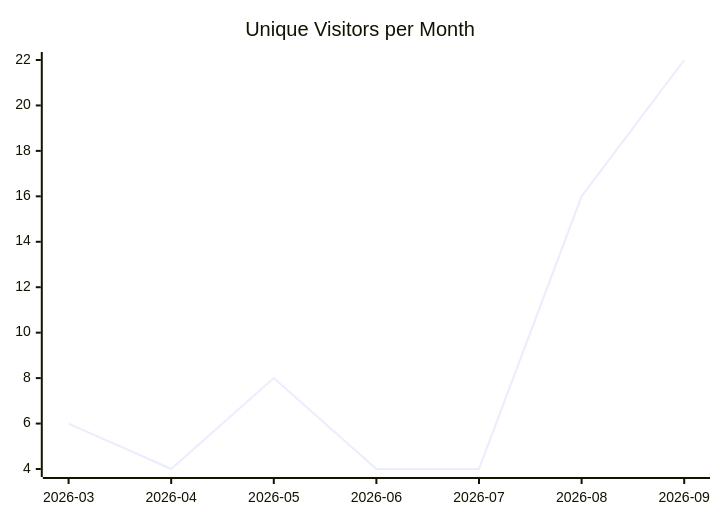
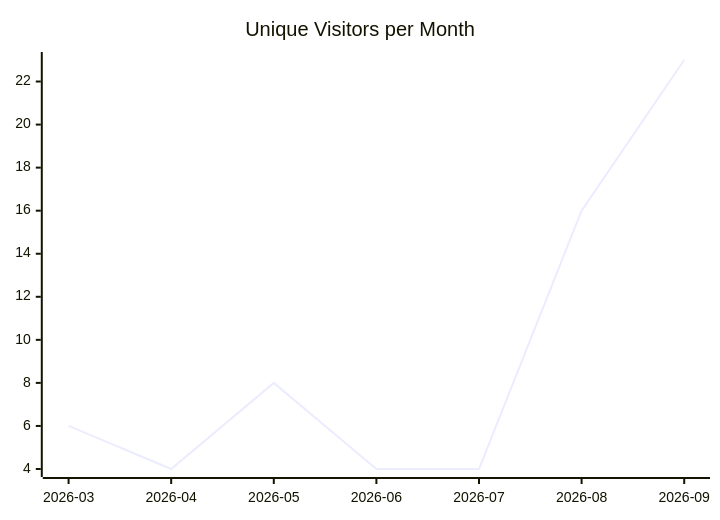
One commit to justdavis-family/github-analytics-data changed the first of 3 diagrams in karlmdavis/xmlpull/README.md. Above: the diagram before and after it, drawn with Mermaid. The commit also changed other lines of this file and 202 other files, not shown here.

````diff
--- a/karlmdavis/xmlpull/README.md
+++ b/karlmdavis/xmlpull/README.md
@@ -5,6 +5,6 @@
 ```mermaid
 xychart-beta
   title "Unique Visitors per Month"
   x-axis ["2026-03", "2026-04", "2026-05", "2026-06", "2026-07", "2026-08", "2026-09"]
-  line [6, 4, 8, 4, 4, 16, 22]
+  line [6, 4, 8, 4, 4, 16, 23]
 ```
````
